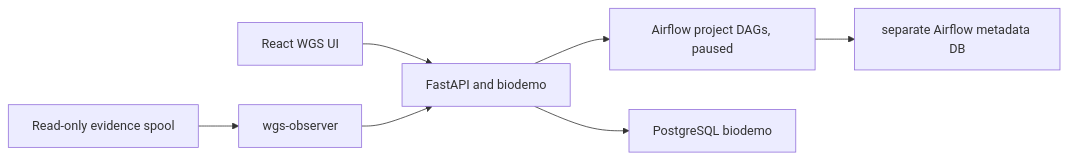
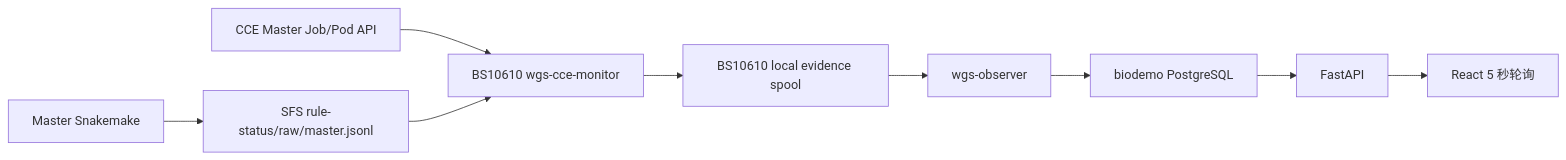
Before and after one commit to boksic1986/airflow-BS-demo: the diagram in docs/22_WGS_ONLY_LOCAL_CCE_PLATFORM_DESIGN.md, drawn with Mermaid. The commit also changed other lines of this file and 77 other files, not shown here.

Commit message:
feat: deploy WGS 4.1.1 Airflow control plane

````diff
--- a/docs/22_WGS_ONLY_LOCAL_CCE_PLATFORM_DESIGN.md
+++ b/docs/22_WGS_ONLY_LOCAL_CCE_PLATFORM_DESIGN.md
@@ -25,9 +149,11 @@
 ```mermaid
 flowchart LR
-    UI["React WGS UI"] --> API["FastAPI and biodemo"]
-    API --> AF["Airflow project DAGs, paused"]
-    EV["Read-only evidence spool"] --> OB["wgs-observer"]
-    OB --> API
-    API --> DB["PostgreSQL biodemo"]
-    AF --> AMD["separate Airflow metadata DB"]
+    SM["Master Snakemake"] --> RJ["SFS rule-status/raw/master.jsonl"]
+    K8S["CCE Master Job/Pod API"] --> HM["BS10610 wgs-cce-monitor"]
+    RJ --> HM
+    HM --> SP["BS10610 local evidence spool"]
+    SP --> OB["wgs-observer"]
+    OB --> DB["biodemo PostgreSQL"]
+    DB --> API["FastAPI"]
+    API --> UI["React 5 秒轮询"]
 ```
````
